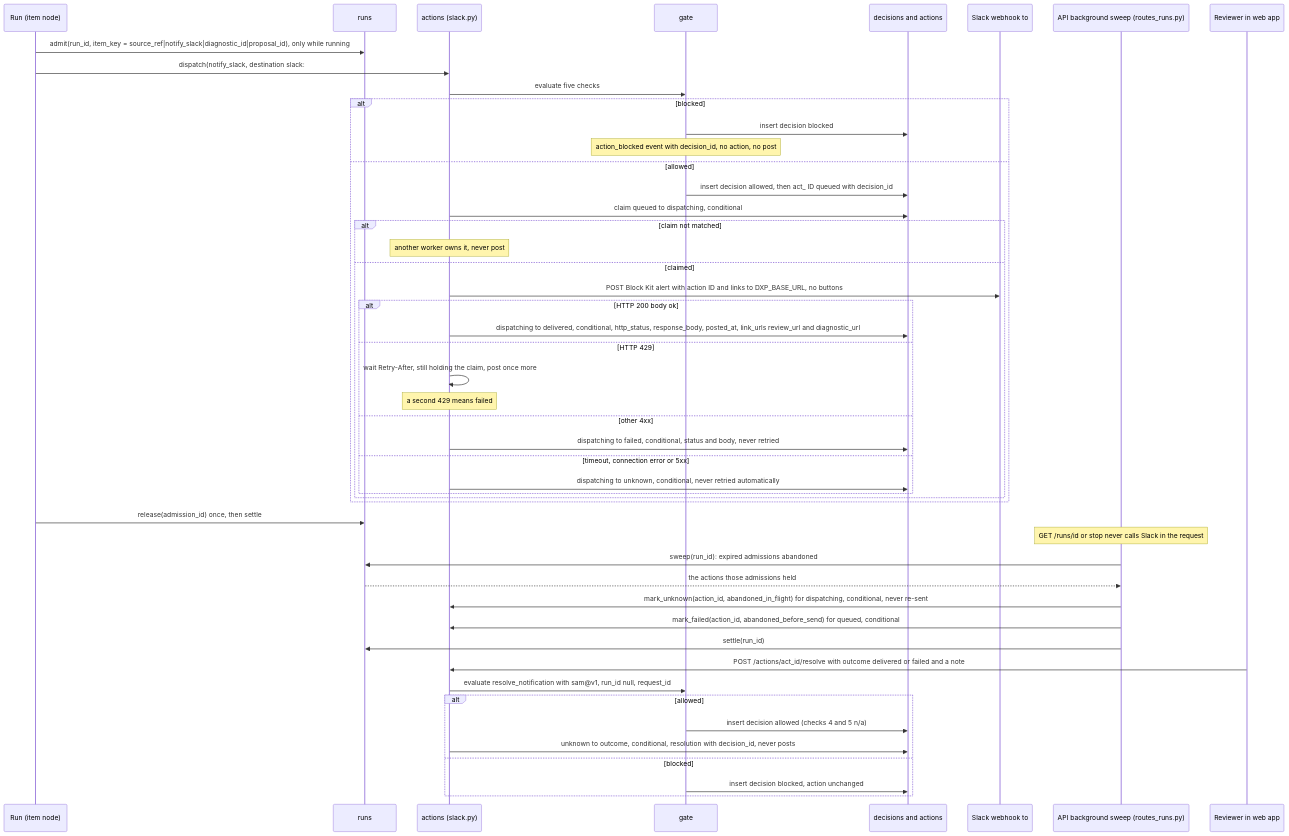
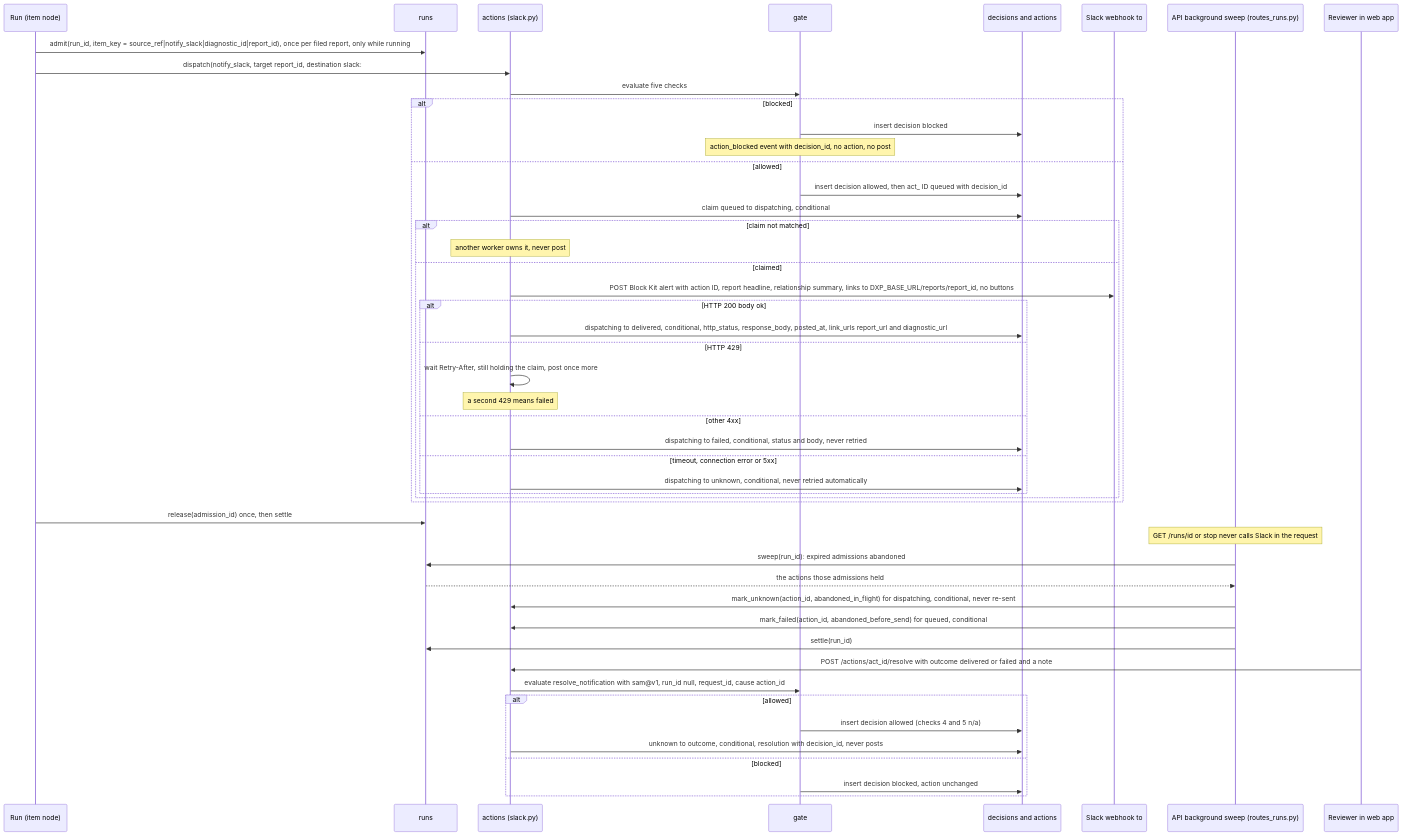
The sixth of 7 diagrams in _bmad-output/planning-artifacts/architecture/architecture-agents-in-context-toronto-2026-11-13/ARCHITECTURE-SPINE.md (lutic1/agents-in-context-toronto), drawn with Mermaid before and after one commit. The commit also changed other lines of this file and 23 other files, not shown here.

````diff
--- a/_bmad-output/planning-artifacts/architecture/architecture-agents-in-context-toronto-2026-11-13/ARCHITECTURE-SPINE.md
+++ b/_bmad-output/planning-artifacts/architecture/architecture-agents-in-context-toronto-2026-11-13/ARCHITECTURE-SPINE.md
@@ -691,51 +998,51 @@
 ```mermaid
 sequenceDiagram
   participant J as Run (item node)
   participant RN as runs
   participant X as actions (slack.py)
   participant G as gate
   participant DB as decisions and actions
   participant SL as Slack webhook to #all-mango-db-hackathon
   participant API as API background sweep (routes_runs.py)
   participant R as Reviewer in web app
-  J->>RN: admit(run_id, item_key = source_ref|notify_slack|diagnostic_id|proposal_id), only while running
-  J->>X: dispatch(notify_slack, destination slack:#all-mango-db-hackathon, ctx with run_id and admission_id)
+  J->>RN: admit(run_id, item_key = source_ref|notify_slack|diagnostic_id|report_id), once per filed report, only while running
+  J->>X: dispatch(notify_slack, target report_id, destination slack:#all-mango-db-hackathon, ctx with run_id and admission_id)
   X->>G: evaluate five checks
   alt blocked
     G->>DB: insert decision blocked
     Note over G: action_blocked event with decision_id, no action, no post
   else allowed
     G->>DB: insert decision allowed, then act_ ID queued with decision_id
     X->>DB: claim queued to dispatching, conditional
     alt claim not matched
       Note over X: another worker owns it, never post
     else claimed
-      X->>SL: POST Block Kit alert with action ID and links to DXP_BASE_URL, no buttons
+      X->>SL: POST Block Kit alert with action ID, report headline, relationship summary, links to DXP_BASE_URL/reports/report_id, no buttons
       alt HTTP 200 body ok
-        X->>DB: dispatching to delivered, conditional, http_status, response_body, posted_at, link_urls review_url and diagnostic_url
+        X->>DB: dispatching to delivered, conditional, http_status, response_body, posted_at, link_urls report_url and diagnostic_url
       else HTTP 429
         X->>X: wait Retry-After, still holding the claim, post once more
         Note over X: a second 429 means failed
       else other 4xx
         X->>DB: dispatching to failed, conditional, status and body, never retried
       else timeout, connection error or 5xx
         X->>DB: dispatching to unknown, conditional, never retried automatically
       end
     end
   end
   J->>RN: release(admission_id) once, then settle
   Note over API: GET /runs/id or stop never calls Slack in the request
   API->>RN: sweep(run_id): expired admissions abandoned
   RN-->>API: the actions those admissions held
   API->>X: mark_unknown(action_id, abandoned_in_flight) for dispatching, conditional, never re-sent
   API->>X: mark_failed(action_id, abandoned_before_send) for queued, conditional
   API->>RN: settle(run_id)
   R->>X: POST /actions/act_id/resolve with outcome delivered or failed and a note
-  X->>G: evaluate resolve_notification with sam@v1, run_id null, request_id
+  X->>G: evaluate resolve_notification with sam@v1, run_id null, request_id, cause action_id
   alt allowed
     G->>DB: insert decision allowed (checks 4 and 5 n/a)
     X->>DB: unknown to outcome, conditional, resolution with decision_id, never posts
   else blocked
     G->>DB: insert decision blocked, action unchanged
   end
 ```
````
